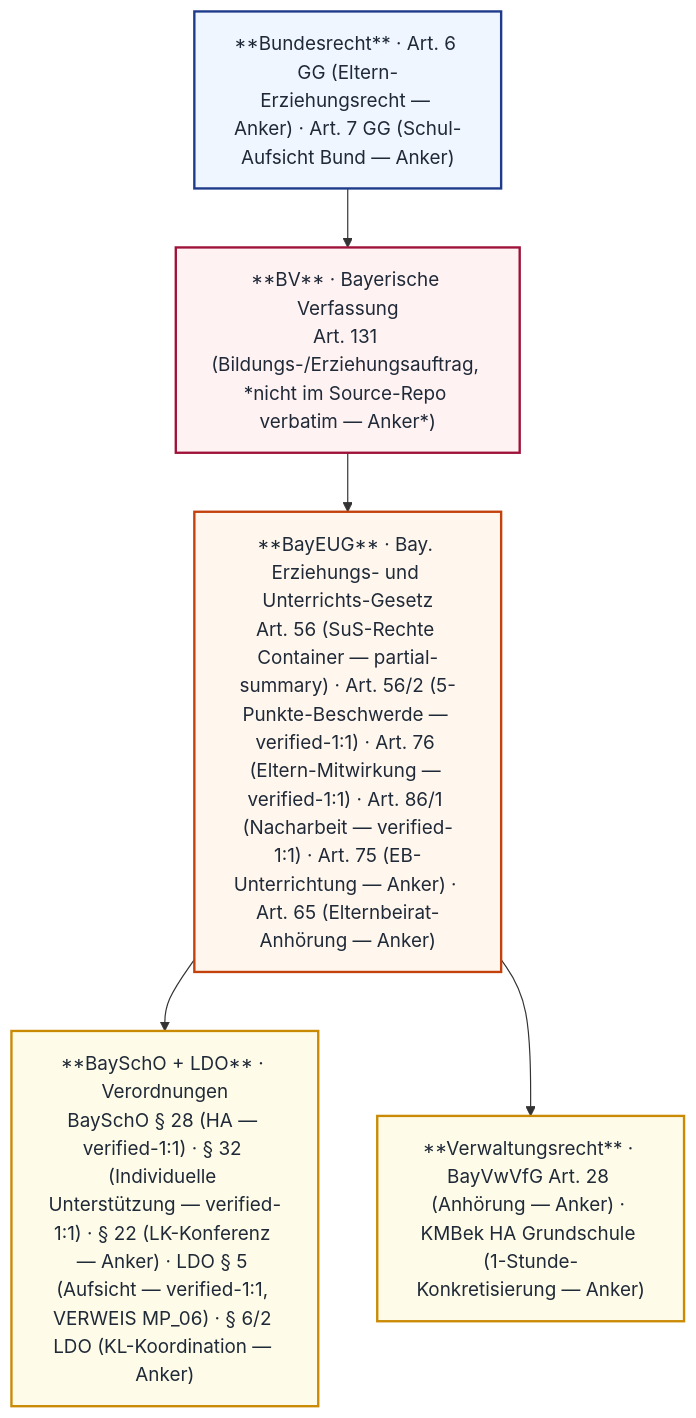
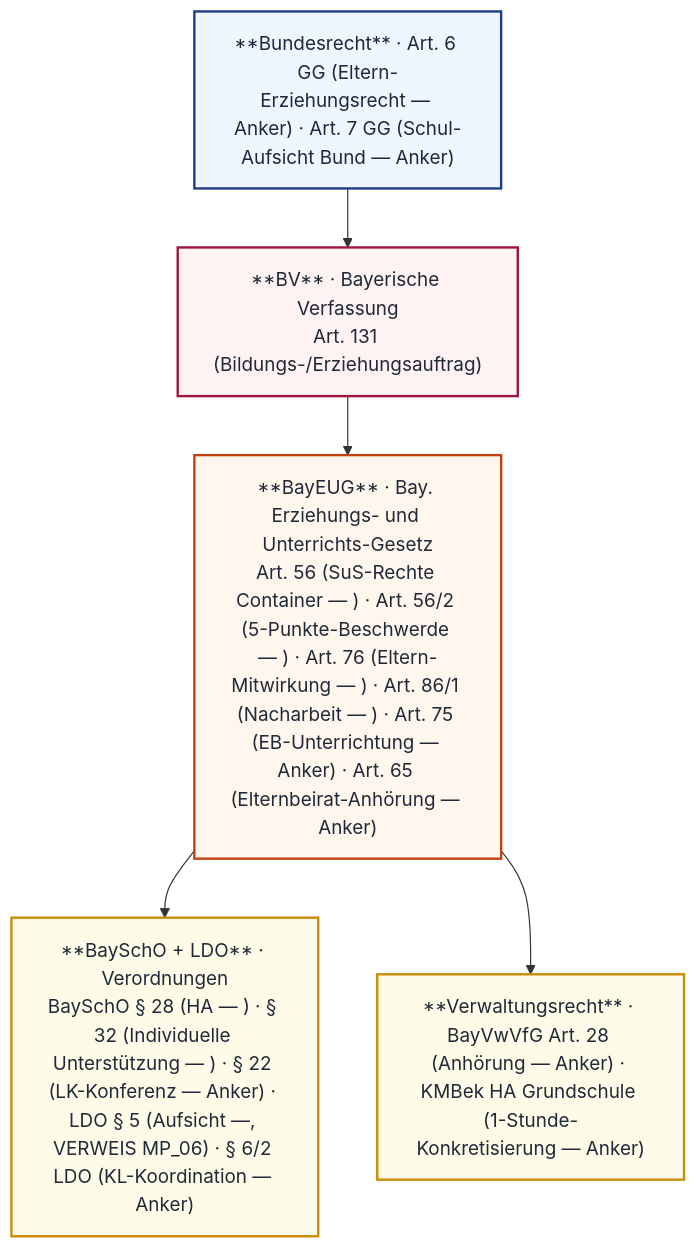
Before and after one commit to snflsknfkldnfs/weitergehts-online: the first of 2 diagrams in _mkdocs/docs/mp02/index.md, drawn with Mermaid. The commit also changed other lines of this file and 27 other files, not shown here.

````diff
--- a/_mkdocs/docs/mp02/index.md
+++ b/_mkdocs/docs/mp02/index.md
@@ -13,18 +13,18 @@
 ```mermaid
 flowchart TB
-    BV["**BV** · Bayerische Verfassung<br/>Art. 131 (Bildungs-/Erziehungsauftrag, *nicht im Source-Repo verbatim — Anker*)"]:::bv
-    BAY["**BayEUG** · Bay. Erziehungs- und Unterrichts-Gesetz<br/>Art. 56 (SuS-Rechte Container — partial-summary) · Art. 56/2 (5-Punkte-Beschwerde — verified-1:1) · Art. 76 (Eltern-Mitwirkung — verified-1:1) · Art. 86/1 (Nacharbeit — verified-1:1) · Art. 75 (EB-Unterrichtung — Anker) · Art. 65 (Elternbeirat-Anhörung — Anker)"]:::bay
-    VO["**BaySchO + LDO** · Verordnungen<br/>BaySchO § 28 (HA — verified-1:1) · § 32 (Individuelle Unterstützung — verified-1:1) · § 22 (LK-Konferenz — Anker) · LDO § 5 (Aufsicht — verified-1:1, VERWEIS MP_06) · § 6/2 LDO (KL-Koordination — Anker)"]:::vo
-    VWV["**Verwaltungsrecht** · BayVwVfG Art. 28 (Anhörung — Anker) · KMBek HA Grundschule (1-Stunde-Konkretisierung — Anker)"]:::vo
-    BUND["**Bundesrecht** · Art. 6 GG (Eltern-Erziehungsrecht — Anker) · Art. 7 GG (Schul-Aufsicht Bund — Anker)"]:::bund
+ BV["**BV** · Bayerische Verfassung<br/>Art. 131 (Bildungs-/Erziehungsauftrag)"]:::bv
+ BAY["**BayEUG** · Bay. Erziehungs- und Unterrichts-Gesetz<br/>Art. 56 (SuS-Rechte Container — ) · Art. 56/2 (5-Punkte-Beschwerde — ) · Art. 76 (Eltern-Mitwirkung — ) · Art. 86/1 (Nacharbeit — ) · Art. 75 (EB-Unterrichtung — Anker) · Art. 65 (Elternbeirat-Anhörung — Anker)"]:::bay
+ VO["**BaySchO + LDO** · Verordnungen<br/>BaySchO § 28 (HA — ) · § 32 (Individuelle Unterstützung — ) · § 22 (LK-Konferenz — Anker) · LDO § 5 (Aufsicht —, VERWEIS MP_06) · § 6/2 LDO (KL-Koordination — Anker)"]:::vo
+ VWV["**Verwaltungsrecht** · BayVwVfG Art. 28 (Anhörung — Anker) · KMBek HA Grundschule (1-Stunde-Konkretisierung — Anker)"]:::vo
+ BUND["**Bundesrecht** · Art. 6 GG (Eltern-Erziehungsrecht — Anker) · Art. 7 GG (Schul-Aufsicht Bund — Anker)"]:::bund
 
-    BUND --> BV
-    BV --> BAY
-    BAY --> VO
-    BAY --> VWV
+ BUND --> BV
+ BV --> BAY
+ BAY --> VO
+ BAY --> VWV
 
-    classDef bv fill:#fef2f2,stroke:#9f1239,stroke-width:2px,color:#1f2937
-    classDef bay fill:#fff7ed,stroke:#c2410c,stroke-width:2px,color:#1f2937
-    classDef vo fill:#fefce8,stroke:#ca8a04,stroke-width:2px,color:#1f2937
-    classDef bund fill:#eff6ff,stroke:#1e3a8a,stroke-width:2px,color:#1f2937
+ classDef bv fill:#fef2f2,stroke:#9f1239,stroke-width:2px,color:#1f2937
+ classDef bay fill:#fff7ed,stroke:#c2410c,stroke-width:2px,color:#1f2937
+ classDef vo fill:#fefce8,stroke:#ca8a04,stroke-width:2px,color:#1f2937
+ classDef bund fill:#eff6ff,stroke:#1e3a8a,stroke-width:2px,color:#1f2937
 ```
````
